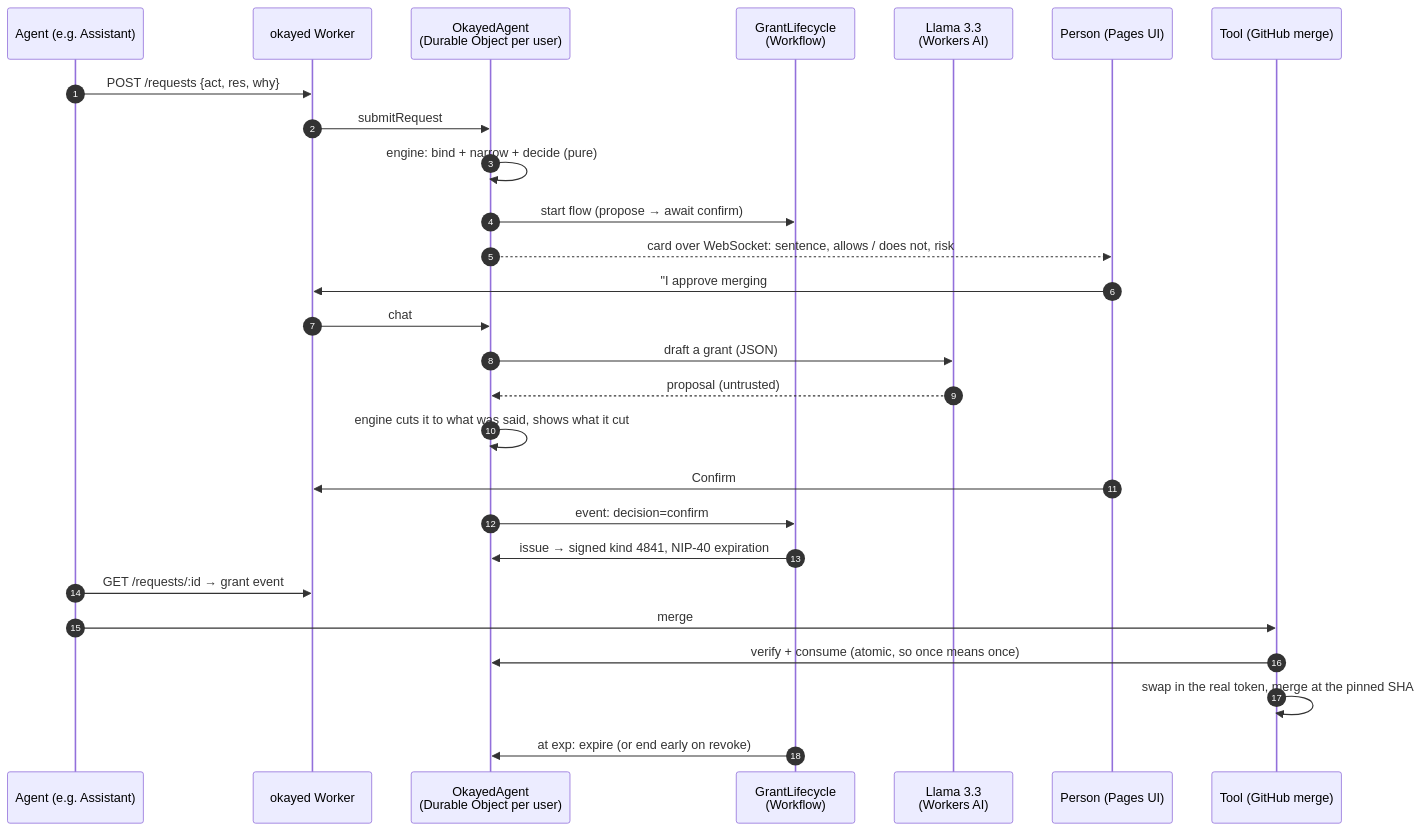
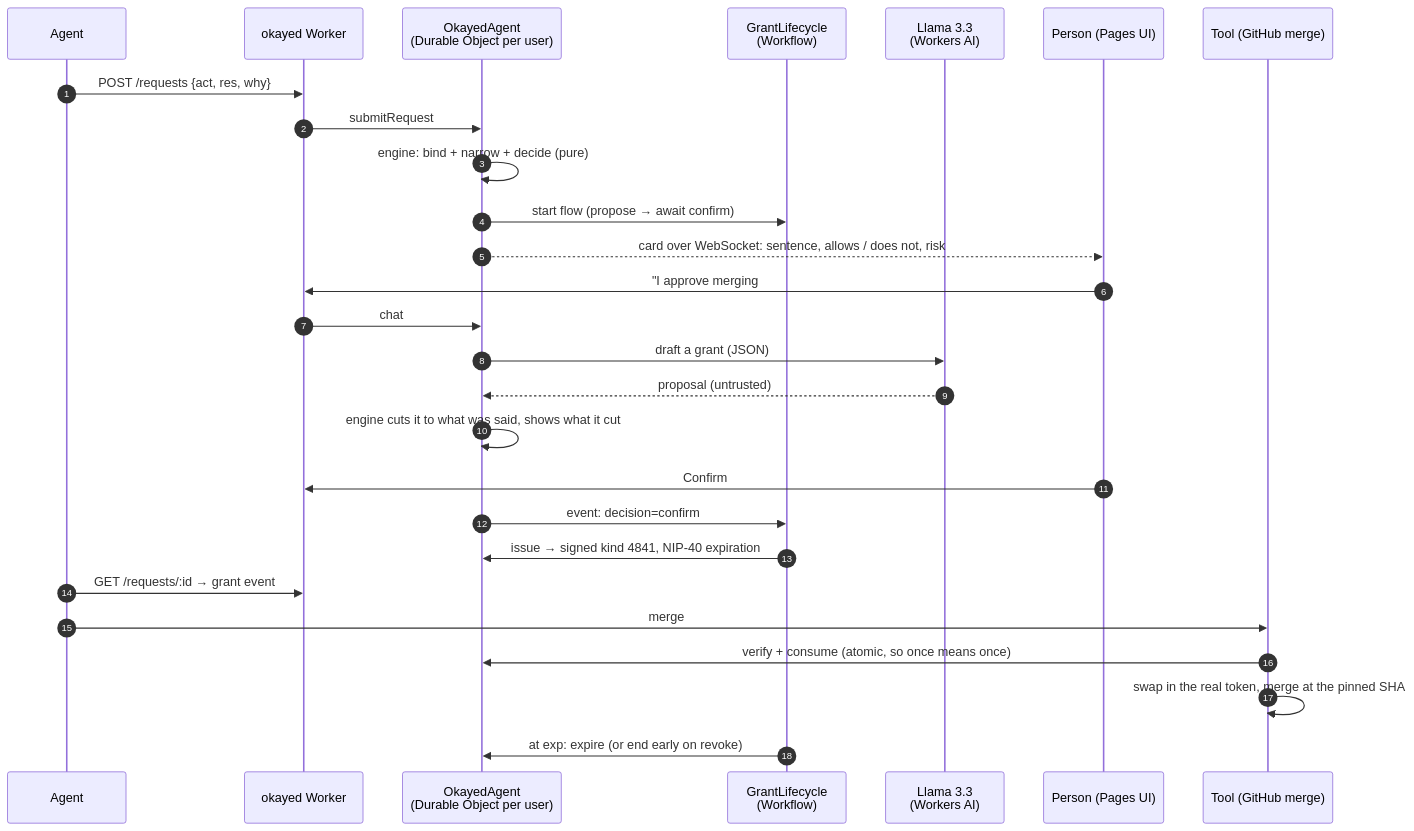
One commit to adrianmross/okayed changed the diagram in README.md. Above: the diagram before and after it, drawn with Mermaid. The commit also changed other lines of this file and 8 other files, not shown here.

````diff
--- a/README.md
+++ b/README.md
@@ -52,30 +65,30 @@
 ```mermaid
 sequenceDiagram
     autonumber
-    participant A as Agent (e.g. Assistant)
+    participant A as Agent
     participant W as okayed Worker
     participant DO as OkayedAgent<br/>(Durable Object per user)
     participant WF as GrantLifecycle<br/>(Workflow)
     participant LLM as Llama 3.3<br/>(Workers AI)
     participant P as Person (Pages UI)
     participant T as Tool (GitHub merge)
 
     A->>W: POST /requests {act, res, why}
     W->>DO: submitRequest
     DO->>DO: engine: bind + narrow + decide (pure)
     DO->>WF: start flow (propose → await confirm)
     DO-->>P: card over WebSocket: sentence, allows / does not, risk
     P->>W: "I approve merging #182"
     W->>DO: chat
     DO->>LLM: draft a grant (JSON)
     LLM-->>DO: proposal (untrusted)
     DO->>DO: engine cuts it to what was said, shows what it cut
     P->>W: Confirm
     DO->>WF: event: decision=confirm
     WF->>DO: issue → signed kind 4841, NIP-40 expiration
     A->>W: GET /requests/:id → grant event
     A->>T: merge #182 with the grant
     T->>DO: verify + consume (atomic, so once means once)
     T->>T: swap in the real token, merge at the pinned SHA
     WF->>DO: at exp: expire (or end early on revoke)
 ```
````
